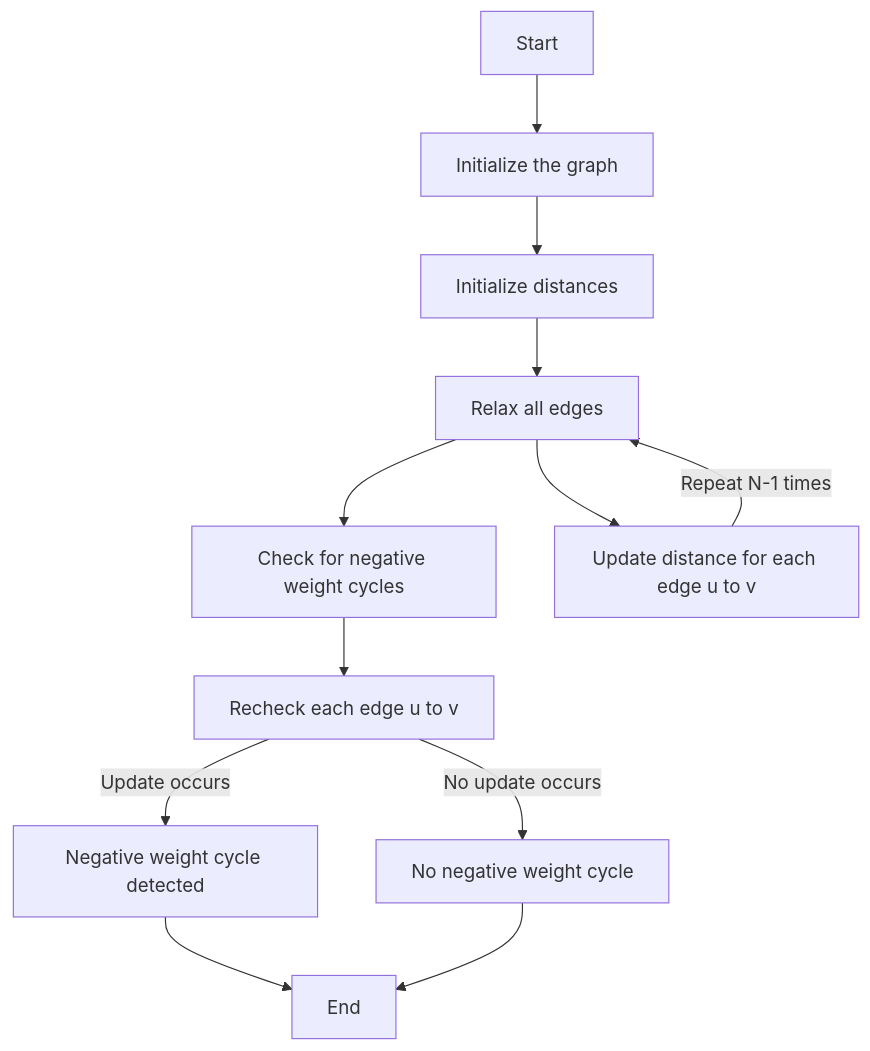
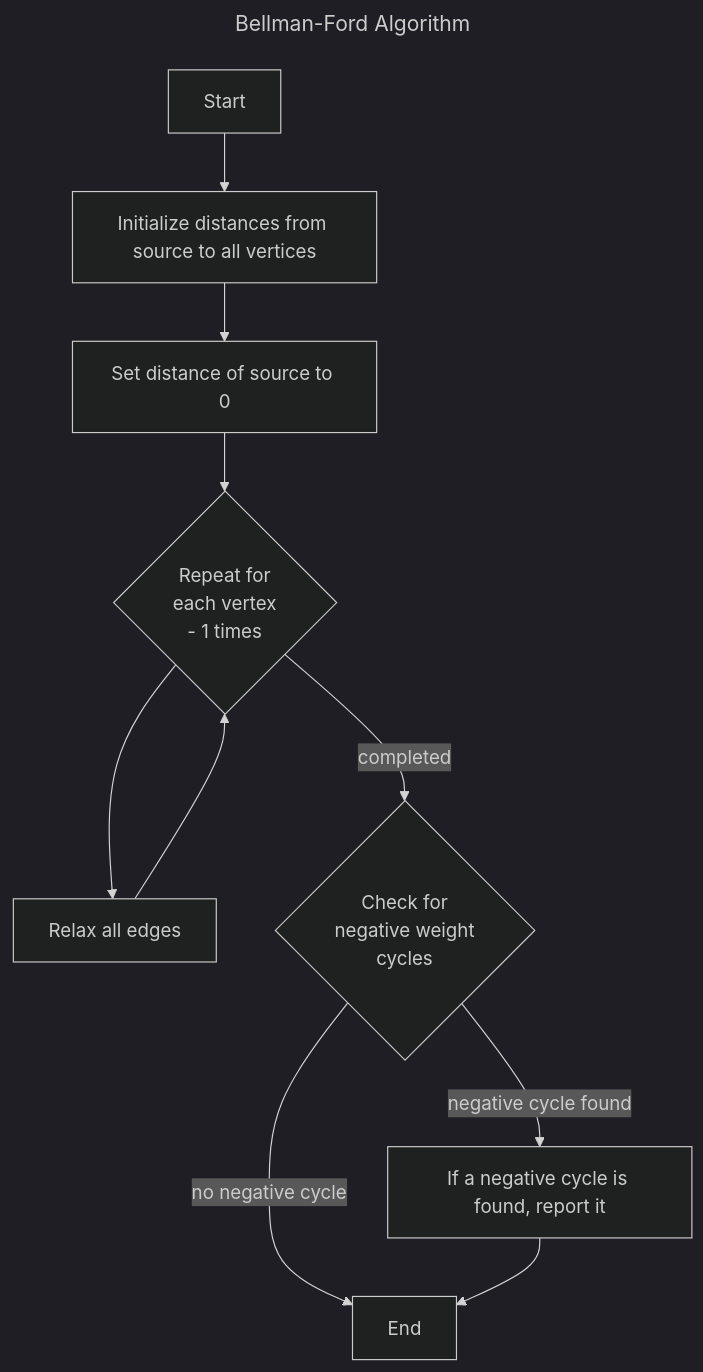
Before and after one commit to yuki-t-2019/algorithm-study-guide: the diagram in bellman-ford/README.md, drawn with Mermaid.

Commit message:
[update] bellman-ford/ README updated: graph added

````diff
--- a/bellman-ford/README.md
+++ b/bellman-ford/README.md
@@ -7,25 +7,26 @@
 ```mermaid
+---
+title: Bellman-Ford Algorithm
+config:
+  theme: dark
+---
 graph TD
-    A[Start]
-    B[Initialize the graph]
-    C[Initialize distances]
-    D1[Relax all edges]
-    D2[Check for negative weight cycles]
-    E1[Update distance for each edge u to v]
-    E2[Recheck each edge u to v]
-    F[Negative weight cycle detected]
-    G[No negative weight cycle]
-    H[End]
+  A[Start]
+  B[Initialize distances from source to all vertices]
+  C[Set distance of source to 0]
+  D{Repeat for<br/>each vertex<br/>- 1 times}
+  E[Relax all edges]
+  F{Check for<br/>negative weight<br/>cycles}
+  G[If a negative cycle is found, report it]
+  H[End]
 
-    A --> B
-    B --> C
-    C --> D1
-    D1 --> E1
-    E1 -->|Repeat N-1 times| D1
-    D1 --> D2
-    D2 --> E2
-    E2 -->|Update occurs| F
-    E2 -->|No update occurs| G
-    F --> H
-    G --> H
+  A --> B
+  B --> C
+  C --> D
+  D --> E
+  E --> D
+  D -->|completed| F
+  F -->|negative cycle found| G
+  F -->|no negative cycle| H
+  G --> H
 ```
````
